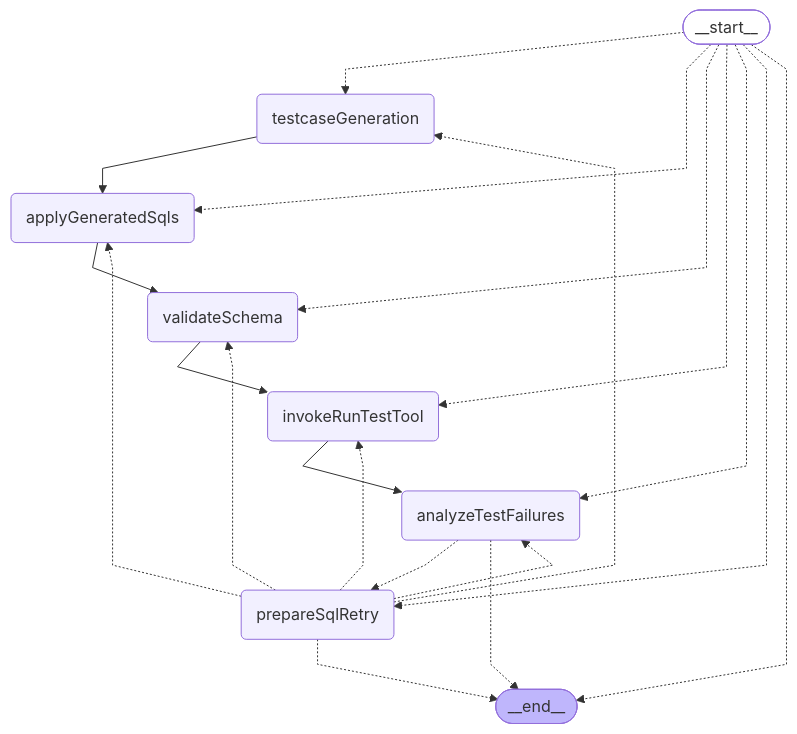
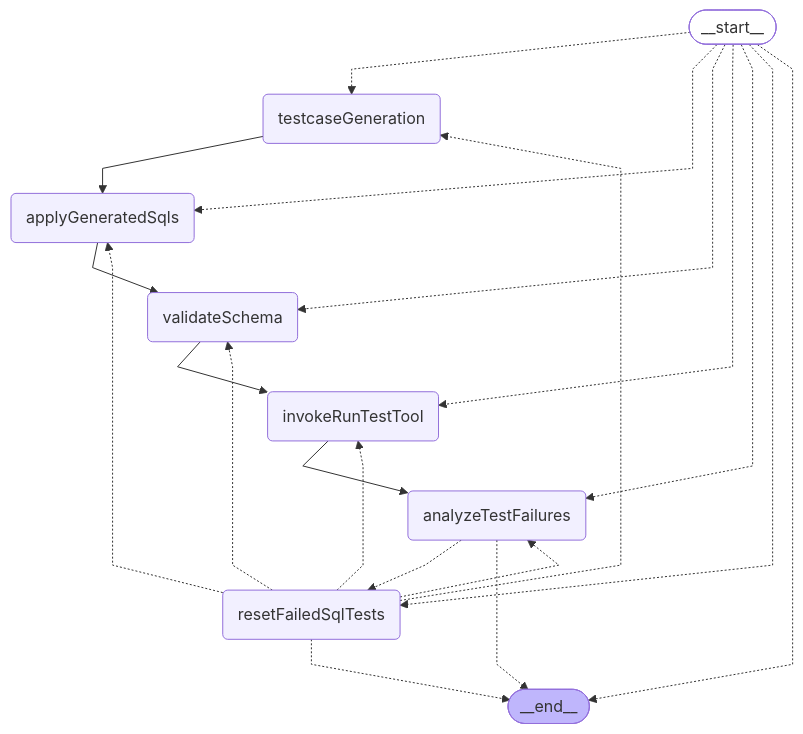
One commit to yzkee/liam changed the fifth of 6 diagrams in frontend/internal-packages/agent/README.md. Above: the diagram before and after it, drawn with Mermaid. The commit also changed other lines of this file and 4 other files, not shown here.

First line of the commit message:
refactor(qa-agent): Rename prepareSqlRetryNode to resetFailedSqlTestsNode

````diff
--- a/frontend/internal-packages/agent/README.md
+++ b/frontend/internal-packages/agent/README.md
@@ -233,34 +233,34 @@
 ```mermaid
 %%{init: {'flowchart': {'curve': 'linear'}}}%%
 graph TD;
 	__start__([<p>__start__</p>]):::first
 	testcaseGeneration(testcaseGeneration)
 	applyGeneratedSqls(applyGeneratedSqls)
 	validateSchema(validateSchema)
 	invokeRunTestTool(invokeRunTestTool)
 	analyzeTestFailures(analyzeTestFailures)
-	prepareSqlRetry(prepareSqlRetry)
+	resetFailedSqlTests(resetFailedSqlTests)
 	__end__([<p>__end__</p>]):::last
 	applyGeneratedSqls --> validateSchema;
 	invokeRunTestTool --> analyzeTestFailures;
 	testcaseGeneration --> applyGeneratedSqls;
 	validateSchema --> invokeRunTestTool;
 	__start__ -.-> testcaseGeneration;
 	__start__ -.-> applyGeneratedSqls;
 	__start__ -.-> validateSchema;
 	__start__ -.-> invokeRunTestTool;
 	__start__ -.-> analyzeTestFailures;
-	__start__ -.-> prepareSqlRetry;
+	__start__ -.-> resetFailedSqlTests;
 	__start__ -.-> __end__;
-	analyzeTestFailures -.-> prepareSqlRetry;
+	analyzeTestFailures -.-> resetFailedSqlTests;
 	analyzeTestFailures -.-> __end__;
-	prepareSqlRetry -.-> testcaseGeneration;
-	prepareSqlRetry -.-> applyGeneratedSqls;
-	prepareSqlRetry -.-> validateSchema;
-	prepareSqlRetry -.-> invokeRunTestTool;
-	prepareSqlRetry -.-> analyzeTestFailures;
-	prepareSqlRetry -.-> __end__;
+	resetFailedSqlTests -.-> testcaseGeneration;
+	resetFailedSqlTests -.-> applyGeneratedSqls;
+	resetFailedSqlTests -.-> validateSchema;
+	resetFailedSqlTests -.-> invokeRunTestTool;
+	resetFailedSqlTests -.-> analyzeTestFailures;
+	resetFailedSqlTests -.-> __end__;
 	classDef default fill:#f2f0ff,line-height:1.2;
 	classDef first fill-opacity:0;
 	classDef last fill:#bfb6fc;
 ```
````
